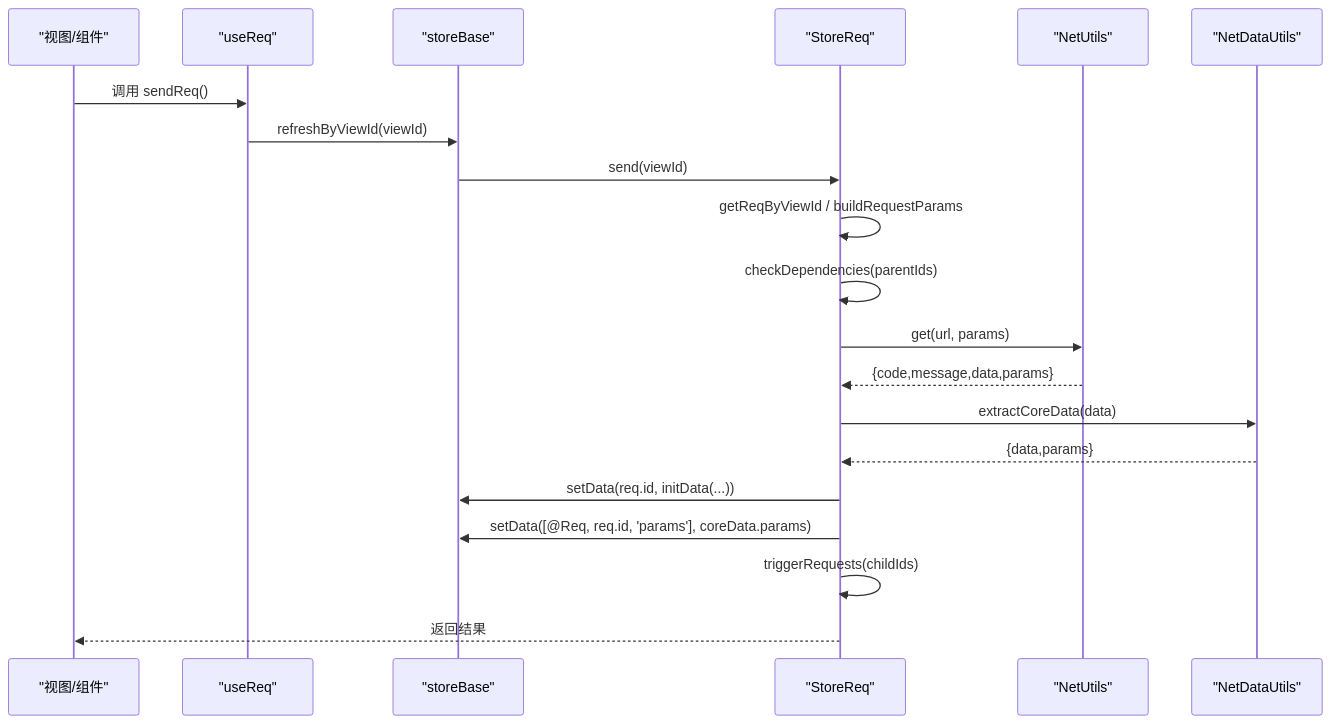
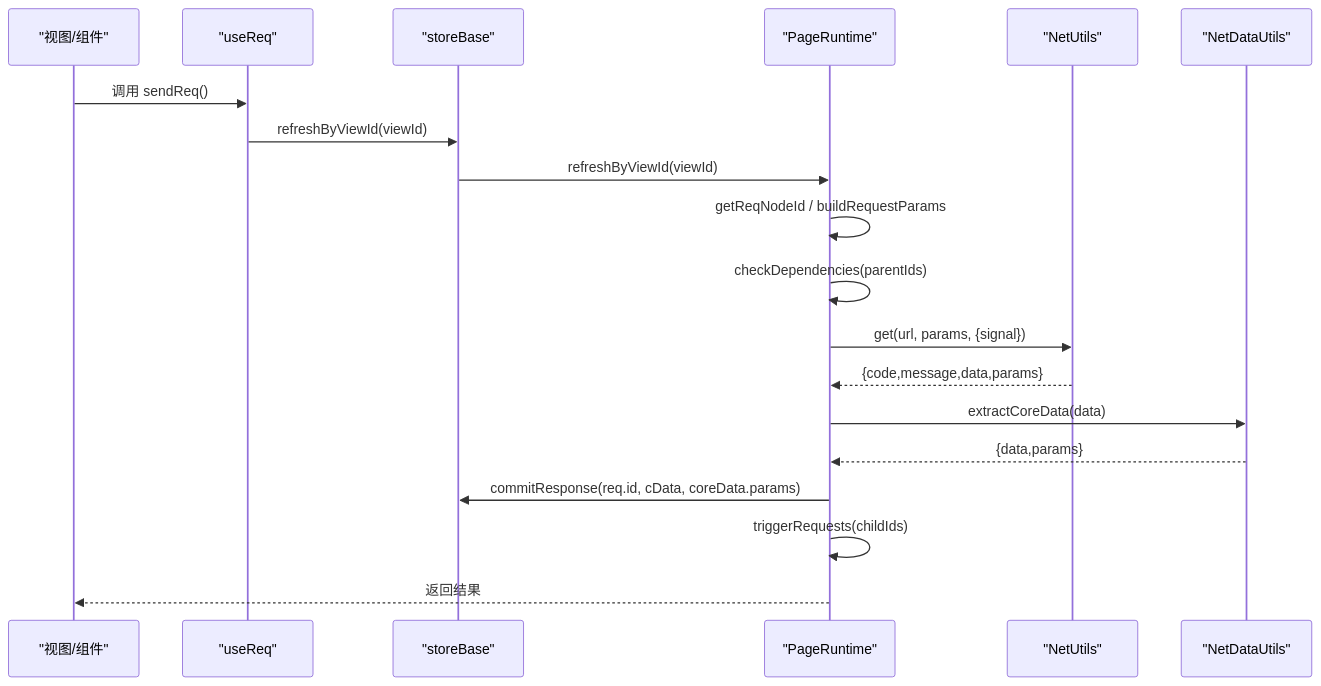
One commit to liqiongke/FrontArk changed the second of 6 diagrams in .qoder/repowiki/zh/content/数据管理/数据同步.md. Above: the diagram before and after it, drawn with Mermaid. The commit also changed other lines of this file and 19 other files, not shown here.

````diff
--- a/.qoder/repowiki/zh/content/数据管理/数据同步.md
+++ b/.qoder/repowiki/zh/content/数据管理/数据同步.md
@@ -101,22 +116,21 @@
 ```mermaid
 sequenceDiagram
 participant UI as "视图/组件"
 participant Hook as "useReq"
 participant Store as "storeBase"
-participant Req as "StoreReq"
+participant Runtime as "PageRuntime"
 participant Net as "NetUtils"
 participant Data as "NetDataUtils"
 UI->>Hook : 调用 sendReq()
 Hook->>Store : refreshByViewId(viewId)
-Store->>Req : send(viewId)
-Req->>Req : getReqByViewId / buildRequestParams
-Req->>Req : checkDependencies(parentIds)
-Req->>Net : get(url, params)
-Net-->>Req : {code,message,data,params}
-Req->>Data : extractCoreData(data)
-Data-->>Req : {data,params}
-Req->>Store : setData(req.id, initData(...))
-Req->>Store : setData([@Req, req.id, 'params'], coreData.params)
-Req->>Req : triggerRequests(childIds)
-Req-->>UI : 返回结果
+Store->>Runtime : refreshByViewId(viewId)
+Runtime->>Runtime : getReqNodeId / buildRequestParams
+Runtime->>Runtime : checkDependencies(parentIds)
+Runtime->>Net : get(url, params, {signal})
+Net-->>Runtime : {code,message,data,params}
+Runtime->>Data : extractCoreData(data)
+Data-->>Runtime : {data,params}
+Runtime->>Store : commitResponse(req.id, cData, coreData.params)
+Runtime->>Runtime : triggerRequests(childIds)
+Runtime-->>UI : 返回结果
 ```
````
